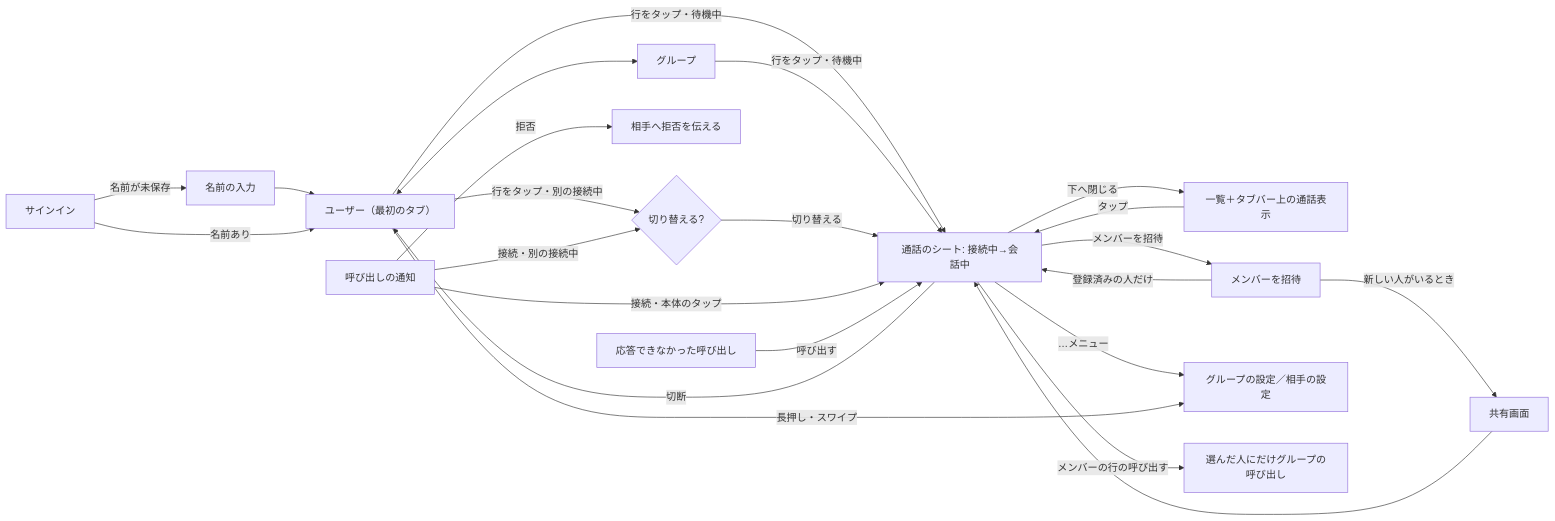
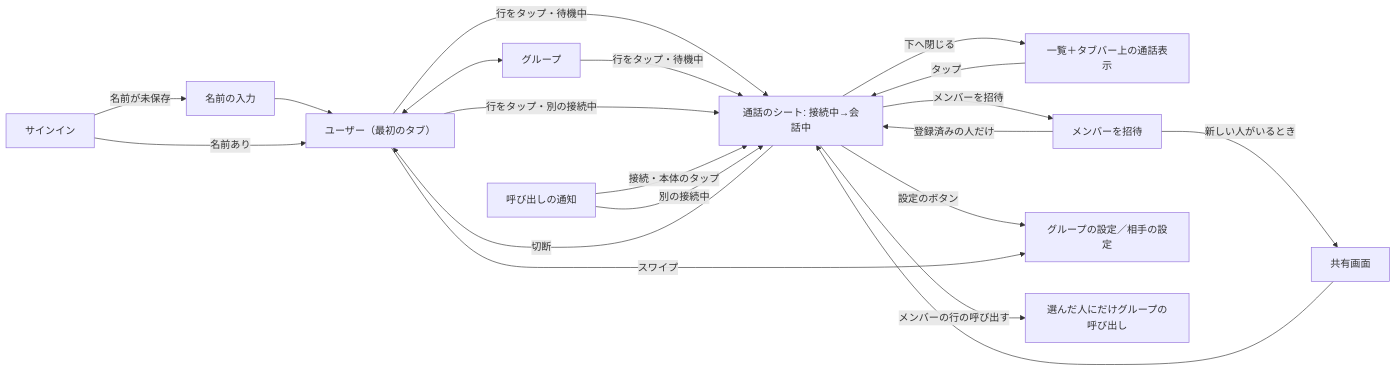
The diagram in docs/design/操作の流れ.md (eroccowaruico/RideIntercom), drawn with Mermaid before and after one commit. The commit also changed other lines of this file and 17 other files, not shown here.

````diff
--- a/docs/design/操作の流れ.md
+++ b/docs/design/操作の流れ.md
@@ -39,22 +56,19 @@
 ```mermaid
 flowchart LR
     SignIn[サインイン] -- 名前が未保存 --> Name[名前の入力] --> Users
     SignIn -- 名前あり --> Users[ユーザー（最初のタブ）]
     Users <--> Groups[グループ]
     Users -- 行をタップ・待機中 --> Sheet[通話のシート: 接続中→会話中]
     Groups -- 行をタップ・待機中 --> Sheet
-    Users -- 行をタップ・別の接続中 --> Confirm{切り替える?}
-    Confirm -- 切り替える --> Sheet
+    Users -- 行をタップ・別の接続中 --> Sheet
     Sheet -- 下へ閉じる --> Accessory[一覧＋タブバー上の通話表示]
     Accessory -- タップ --> Sheet
     Sheet -- メンバーを招待 --> Add[メンバーを招待] -- 新しい人がいるとき --> Share[共有画面] --> Sheet
     Add -- 登録済みの人だけ --> Sheet
-    Sheet -- …メニュー --> Settings[グループの設定／相手の設定]
-    Users -- 長押し・スワイプ --> Settings
+    Sheet -- 設定のボタン --> Settings[グループの設定／相手の設定]
+    Users -- スワイプ --> Settings
     Notice[呼び出しの通知] -- 接続・本体のタップ --> Sheet
-    Notice -- 接続・別の接続中 --> Confirm
-    Notice -- 拒否 --> Declined[相手へ拒否を伝える]
-    Missed[応答できなかった呼び出し] -- 呼び出す --> Sheet
+    Notice -- 別の接続中 --> Sheet
     Sheet -- メンバーの行の呼び出す --> Call[選んだ人にだけグループの呼び出し]
     Sheet -- 切断 --> Users
 ```
````
